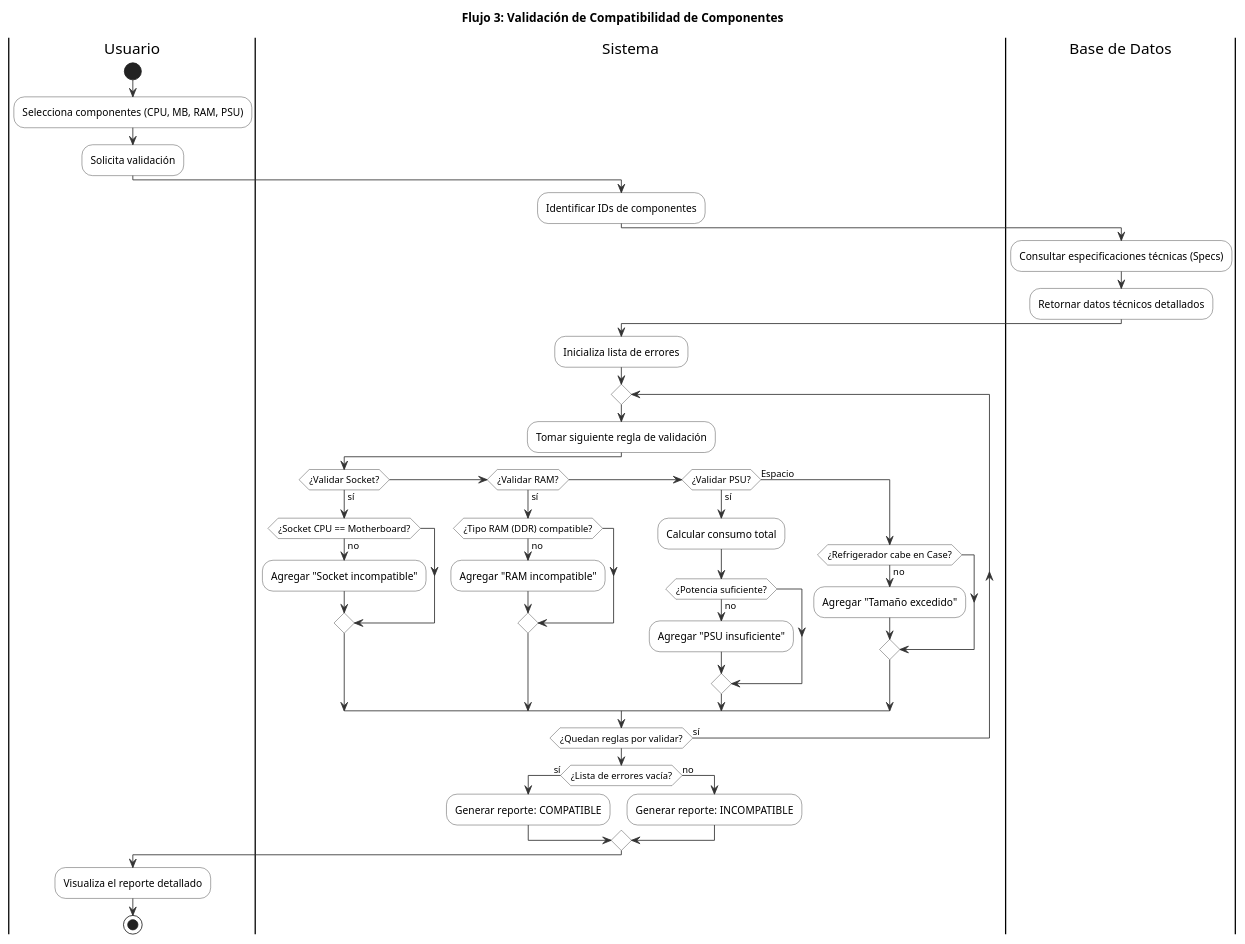
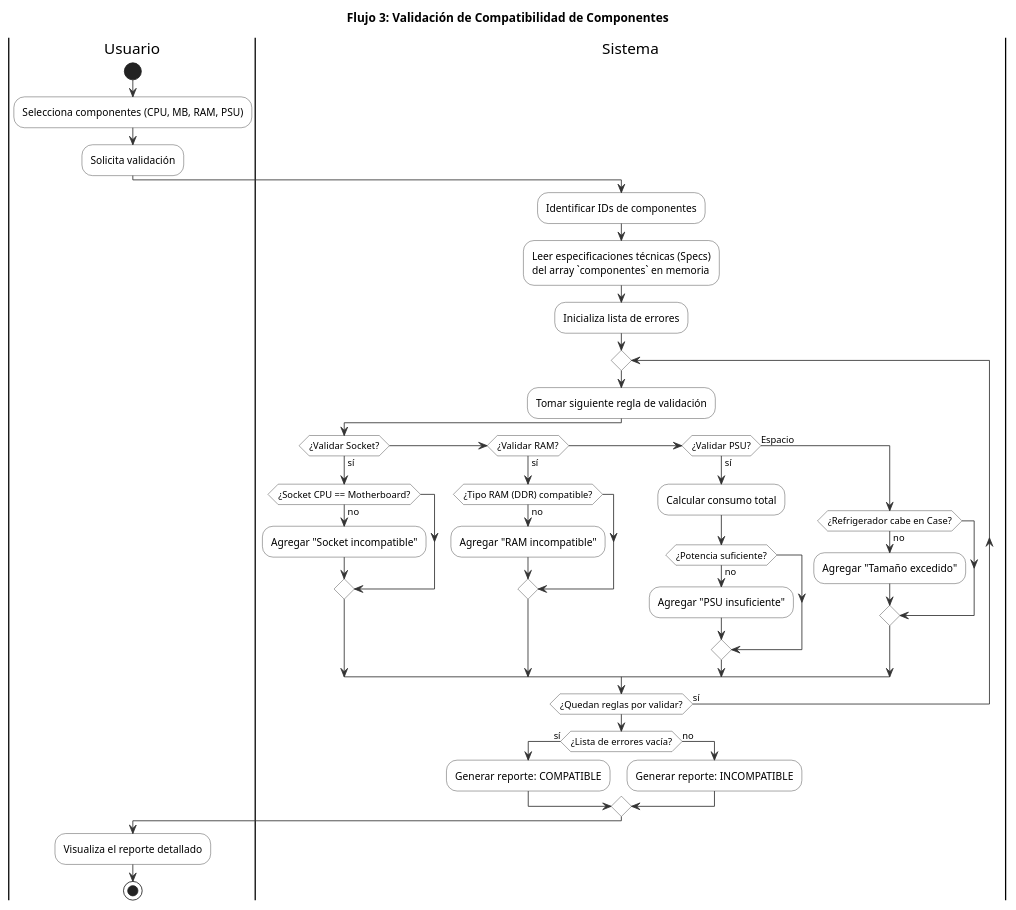
Before and after one commit to GonzaloBarbano/E-commerce: the diagram in docs/05-diagramas/01-diagrama-de-actividades/actividad-flujo-3-compatibilidad.puml, drawn with PlantUML. The commit also changed 3 other files, not shown here.

```diff
--- a/docs/05-diagramas/01-diagrama-de-actividades/actividad-flujo-3-compatibilidad.puml
+++ b/docs/05-diagramas/01-diagrama-de-actividades/actividad-flujo-3-compatibilidad.puml
@@ -1,52 +1,49 @@
 @startuml flujo-3-compatibilidad
 title Flujo 3: Validación de Compatibilidad de Componentes
 skinparam ActivityBackgroundColor #FFFFFF
 skinparam ActivityBorderColor #333333
 skinparam ArrowColor #333333
 
 |Usuario|
 start
 :Selecciona componentes (CPU, MB, RAM, PSU);
 :Solicita validación;
 
 |Sistema|
 :Identificar IDs de componentes;
+:Leer especificaciones técnicas (Specs)
+del array `componentes` en memoria;
 
-|Base de Datos|
-:Consultar especificaciones técnicas (Specs);
-:Retornar datos técnicos detallados;
-
-|Sistema|
 :Inicializa lista de errores;
 repeat
   :Tomar siguiente regla de validación;
   if (¿Validar Socket?) then (sí)
     if (¿Socket CPU == Motherboard?) then (no)
       :Agregar "Socket incompatible";
     endif
   elseif (¿Validar RAM?) then (sí)
     if (¿Tipo RAM (DDR) compatible?) then (no)
       :Agregar "RAM incompatible";
     endif
   elseif (¿Validar PSU?) then (sí)
     :Calcular consumo total;
     if (¿Potencia suficiente?) then (no)
       :Agregar "PSU insuficiente";
     endif
   else (Espacio)
     if (¿Refrigerador cabe en Case?) then (no)
       :Agregar "Tamaño excedido";
     endif
   endif
 repeat while (¿Quedan reglas por validar?) is (sí)
 
 if (¿Lista de errores vacía?) then (sí)
   :Generar reporte: COMPATIBLE;
 else (no)
   :Generar reporte: INCOMPATIBLE;
 endif
 
 |Usuario|
 :Visualiza el reporte detallado;
 stop
 @enduml
```
